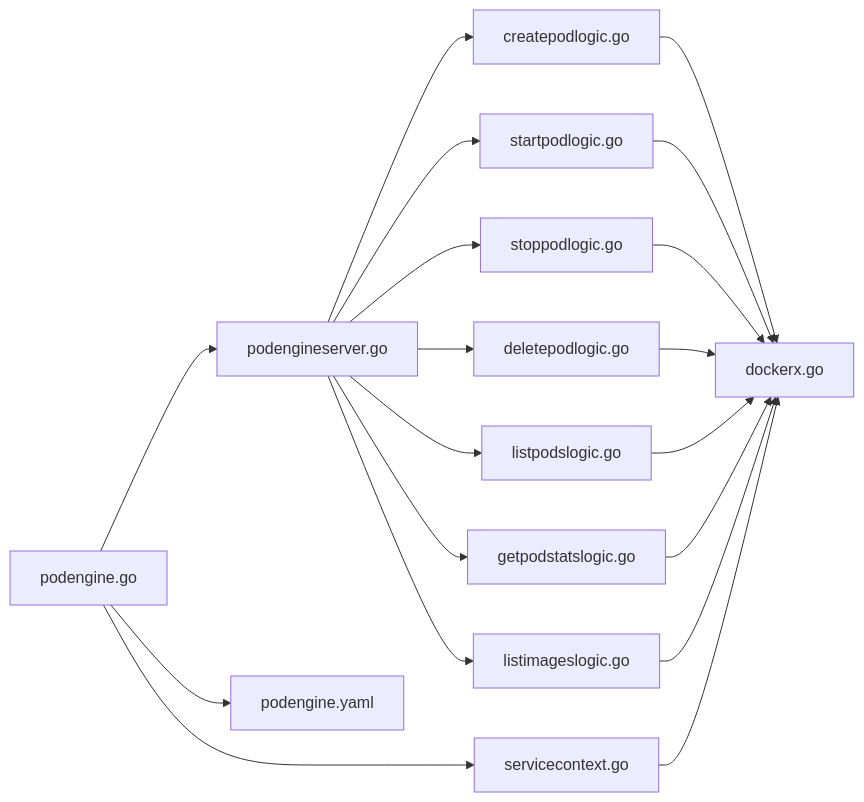
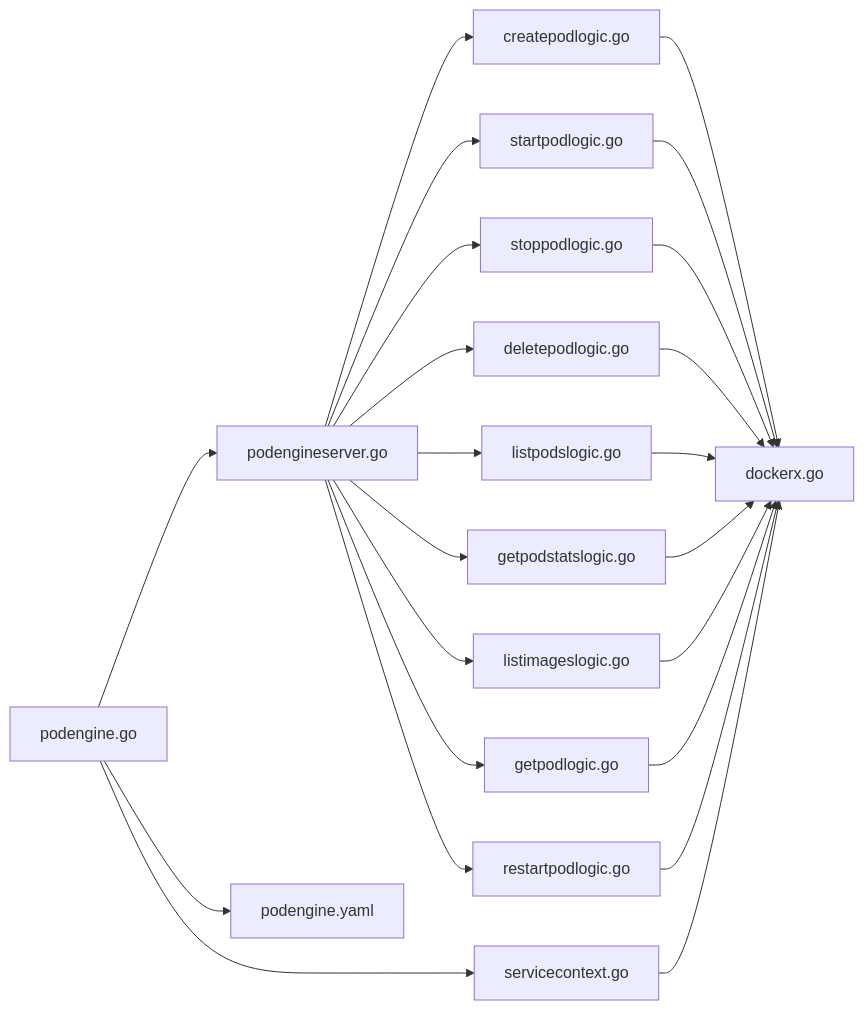
Before and after one commit to maomao94/zero-service: the seventh of 7 diagrams in .qoder/repowiki/zh/content/系统架构设计/微服务拆分设计/业务域服务/容器引擎服务.md, drawn with Mermaid. The commit also changed other lines of this file and 15 other files, not shown here.

````diff
--- a/.qoder/repowiki/zh/content/系统架构设计/微服务拆分设计/业务域服务/容器引擎服务.md
+++ b/.qoder/repowiki/zh/content/系统架构设计/微服务拆分设计/业务域服务/容器引擎服务.md
@@ -409,21 +464,25 @@
 ```mermaid
 graph LR
 Server["podengineserver.go"] --> Logic1["createpodlogic.go"]
 Server --> Logic2["startpodlogic.go"]
 Server --> Logic3["stoppodlogic.go"]
 Server --> Logic4["deletepodlogic.go"]
 Server --> Logic5["listpodslogic.go"]
 Server --> Logic6["getpodstatslogic.go"]
 Server --> Logic7["listimageslogic.go"]
+Server --> Logic8["getpodlogic.go"]
+Server --> Logic9["restartpodlogic.go"]
 Logic1 --> DockerX["dockerx.go"]
 Logic2 --> DockerX
 Logic3 --> DockerX
 Logic4 --> DockerX
 Logic5 --> DockerX
 Logic6 --> DockerX
 Logic7 --> DockerX
+Logic8 --> DockerX
+Logic9 --> DockerX
 Ctx["servicecontext.go"] --> DockerX
 Entry["podengine.go"] --> Ctx
 Entry --> Server
 Entry --> Conf["podengine.yaml"]
 ```
````
